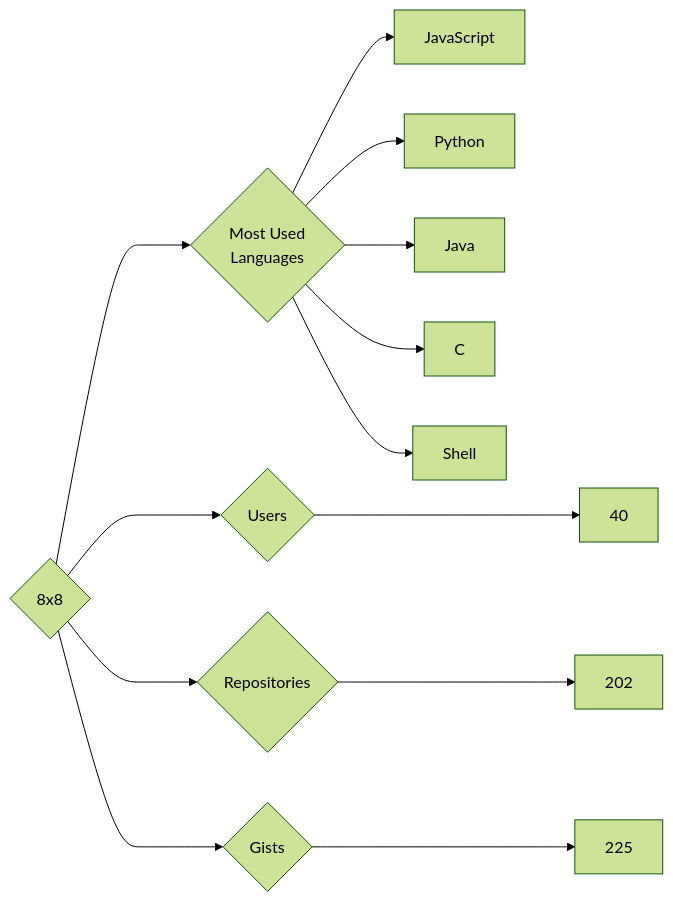
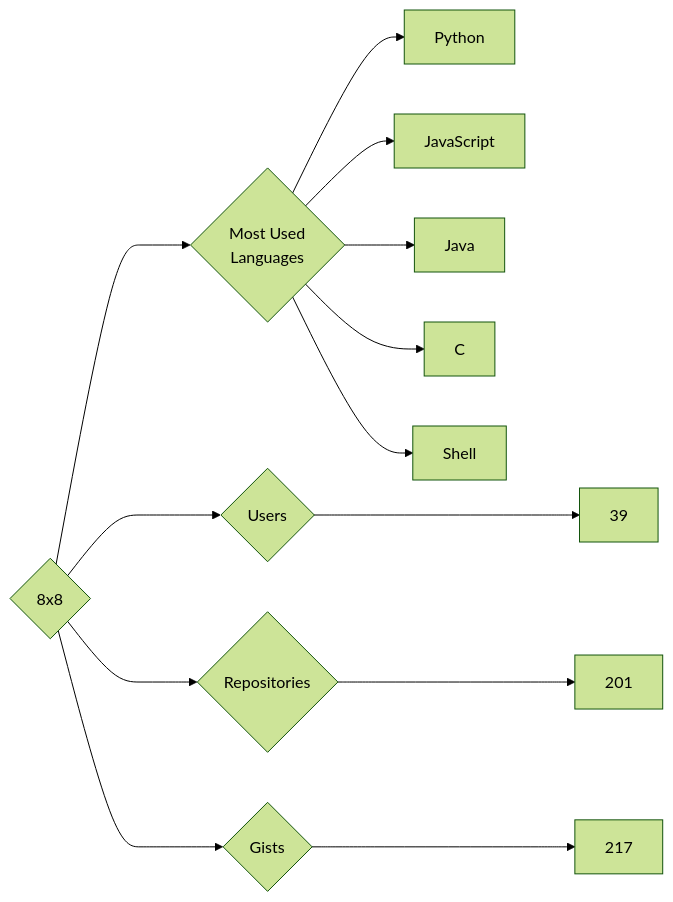
Before and after one commit to trickest/insiders: the diagram in targets/8x8/README.md, drawn with Mermaid (forest theme). The commit also changed 838 other files, not shown here.

````diff
--- a/targets/8x8/README.md
+++ b/targets/8x8/README.md
@@ -3,13 +3,13 @@
 ```mermaid
 graph LR
 COMPANY_NAME{8x8}
-COMPANY_NAME ---> U{Users} ---> UN[40]
-COMPANY_NAME ---> R{Repositories} ---> RN[202]
-COMPANY_NAME ---> G{Gists} ---> GN[225]
+COMPANY_NAME ---> U{Users} ---> UN[39]
+COMPANY_NAME ---> R{Repositories} ---> RN[201]
+COMPANY_NAME ---> G{Gists} ---> GN[217]
 COMPANY_NAME ---> ML{Most Used<br>Languages}
+ML --> Python[Python]
 ML --> JavaScript[JavaScript]
-ML --> Python[Python]
 ML --> Java[Java]
 ML --> C[C]
 ML --> Shell[Shell]
 ```
````
